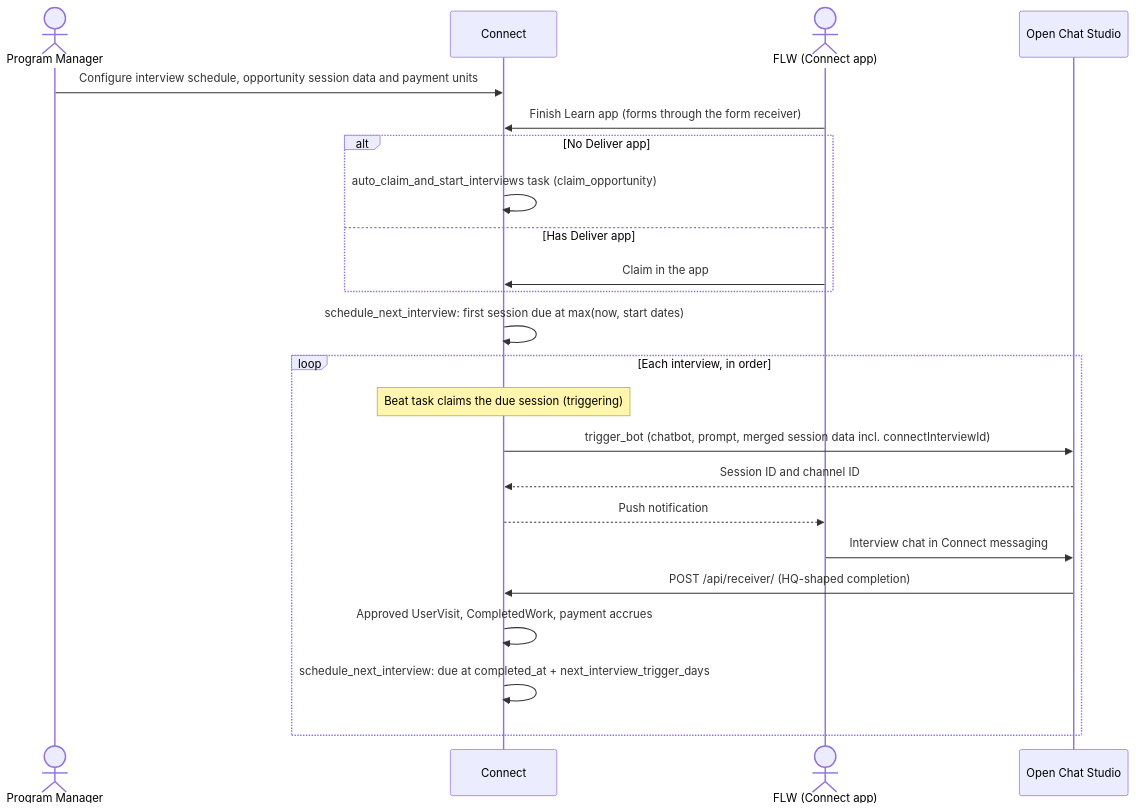
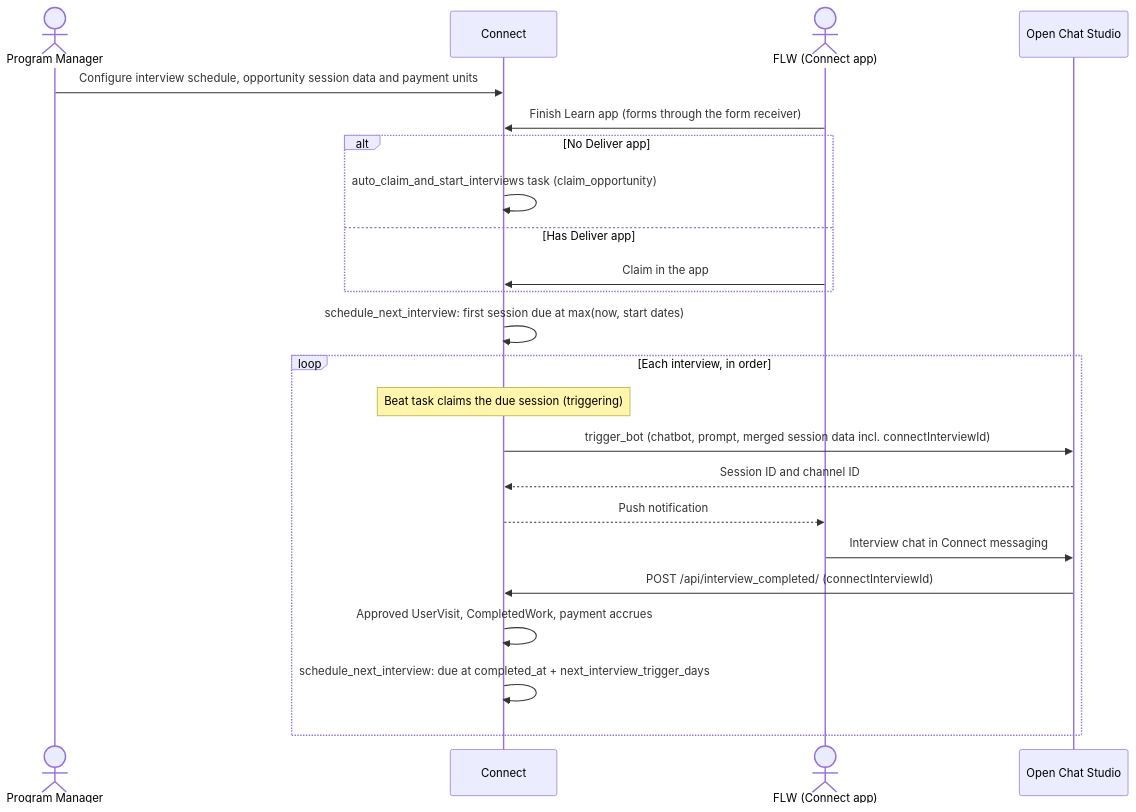
Before and after one commit to dimagi/commcare-connect: the diagram in outputs/CCCT-2861-spec-doc.md, drawn with Mermaid. The commit also changed other lines of this file, not shown here.

Commit message:
Use a dedicated OCS interview completion endpoint in spec

````diff
--- a/outputs/CCCT-2861-spec-doc.md
+++ b/outputs/CCCT-2861-spec-doc.md
@@ -43,26 +43,26 @@
 ```mermaid
 sequenceDiagram
     actor PM as Program Manager
     participant C as Connect
     actor FLW as FLW (Connect app)
     participant OCS as Open Chat Studio
 
     PM->>C: Configure interview schedule, opportunity session data and payment units
     FLW->>C: Finish Learn app (forms through the form receiver)
     alt No Deliver app
         C->>C: auto_claim_and_start_interviews task (claim_opportunity)
     else Has Deliver app
         FLW->>C: Claim in the app
     end
     C->>C: schedule_next_interview: first session due at max(now, start dates)
     loop Each interview, in order
         Note over C: Beat task claims the due session (triggering)
         C->>OCS: trigger_bot (chatbot, prompt, merged session data incl. connectInterviewId)
         OCS-->>C: Session ID and channel ID
         C-->>FLW: Push notification
         FLW->>OCS: Interview chat in Connect messaging
-        OCS->>C: POST /api/receiver/ (HQ-shaped completion)
+        OCS->>C: POST /api/interview_completed/ (connectInterviewId)
         C->>C: Approved UserVisit, CompletedWork, payment accrues
         C->>C: schedule_next_interview: due at completed_at + next_interview_trigger_days
     end
 ```
````
